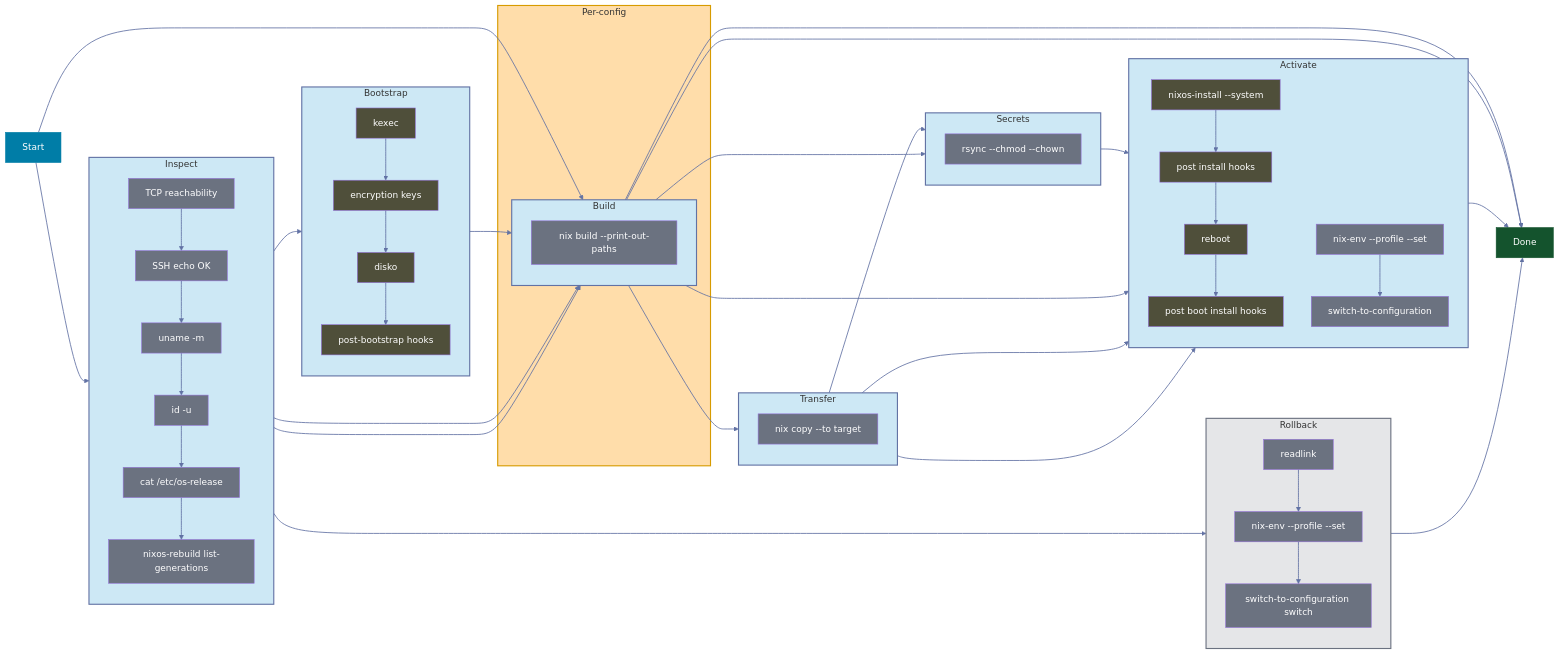
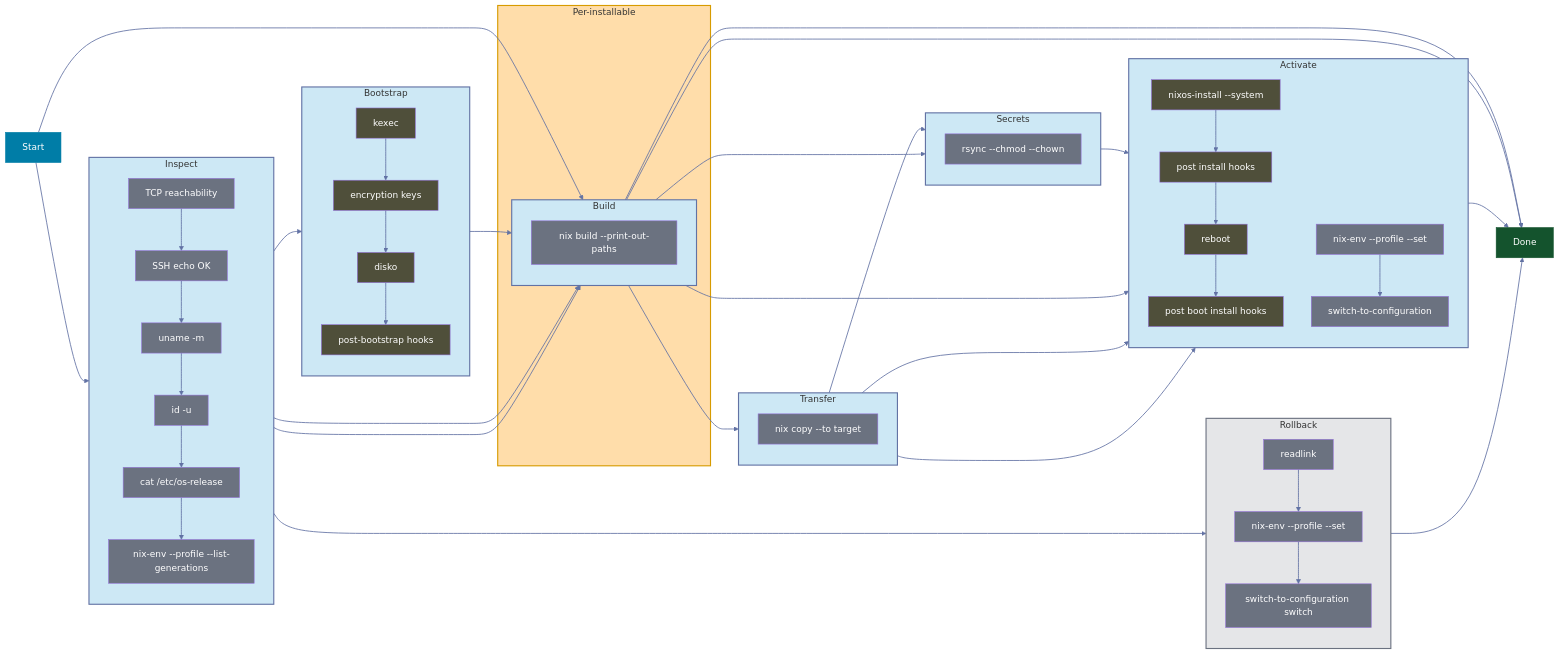
One commit to mihakrumpestar/panix changed the diagram in docs/src/content/docs/concepts/phases.mdx. Above: the diagram before and after it, drawn with Mermaid. The commit also changed other lines of this file and 158 other files, not shown here.

```diff
--- a/docs/src/content/docs/concepts/phases.mdx
+++ b/docs/src/content/docs/concepts/phases.mdx
@@ -20,7 +20,7 @@
     B1 --> C1[uname -m]
     C1 --> D1[id -u]
     D1 --> E1[cat /etc/os-release]
-    E1 --> F1[nixos-rebuild list-generations]
+    E1 --> F1[nix-env --profile --list-generations]
   end
 
   subgraph Bootstrap
@@ -31,7 +31,7 @@
     C2 --> D2[post-bootstrap hooks]
   end
   
-  subgraph Per-config
+  subgraph Per-installable
     subgraph Build
       A3[nix build --print-out-paths]
     end
@@ -98,7 +98,7 @@
 
   style Inspect fill:#cde8f5,stroke:#6272A4,stroke-width:2px,color:#333,fontWeight:bold
   style Bootstrap fill:#cde8f5,stroke:#6272A4,stroke-width:2px,color:#333,fontWeight:bold
-  style Per-config fill:#ffddaa,stroke:#d79b00,stroke-width:2px,color:#333,fontStyle:italic
+  style Per-installable fill:#ffddaa,stroke:#d79b00,stroke-width:2px,color:#333,fontStyle:italic
   style Build fill:#cde8f5,stroke:#6272A4,stroke-width:2px,color:#333,fontWeight:bold
   style Transfer fill:#cde8f5,stroke:#6272A4,stroke-width:2px,color:#333,fontWeight:bold
   style Secrets fill:#cde8f5,stroke:#6272A4,stroke-width:2px,color:#333,fontWeight:bold
```
